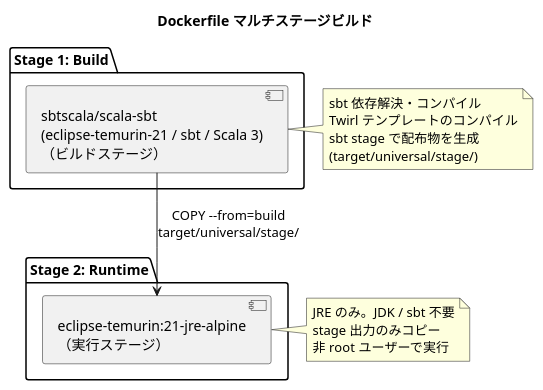
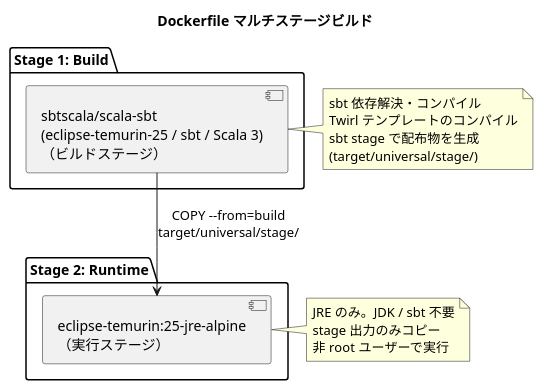
The second of 8 diagrams in docs/design/architecture_infrastructure.md (k2works/case-study-cargo-tracker), drawn with PlantUML before and after one commit. The commit also changed other lines of this file and 7 other files, not shown here.

````diff
--- a/docs/design/architecture_infrastructure.md
+++ b/docs/design/architecture_infrastructure.md
@@ -87,19 +87,19 @@
 ```plantuml
 @startuml
 title Dockerfile マルチステージビルド
 
 package "Stage 1: Build" as build {
-  [sbtscala/scala-sbt\n(eclipse-temurin-21 / sbt / Scala 3)\n（ビルドステージ）] as builder
+  [sbtscala/scala-sbt\n(eclipse-temurin-25 / sbt / Scala 3)\n（ビルドステージ）] as builder
 }
 
 package "Stage 2: Runtime" as runtime {
-  [eclipse-temurin:21-jre-alpine\n（実行ステージ）] as runner
+  [eclipse-temurin:25-jre-alpine\n（実行ステージ）] as runner
 }
 
 note right of builder : sbt 依存解決・コンパイル\nTwirl テンプレートのコンパイル\nsbt stage で配布物を生成\n(target/universal/stage/)
 note right of runner : JRE のみ。JDK / sbt 不要\nstage 出力のみコピー\n非 root ユーザーで実行
 
 builder --> runner : COPY --from=build\ntarget/universal/stage/
 
 @enduml
 ```
````
